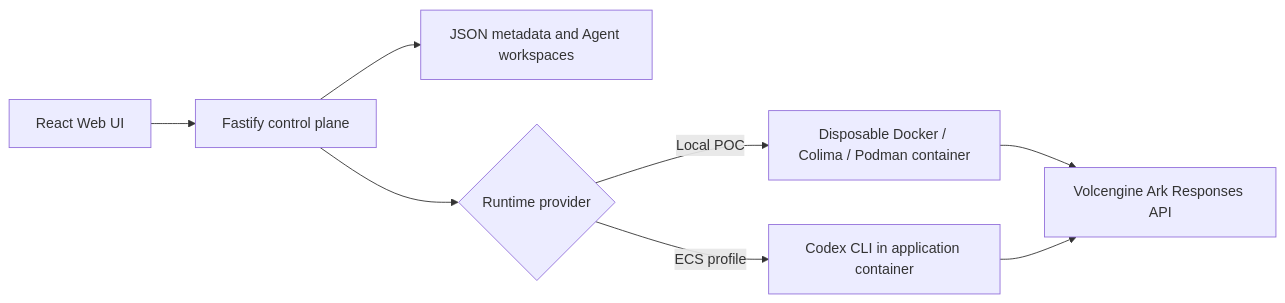
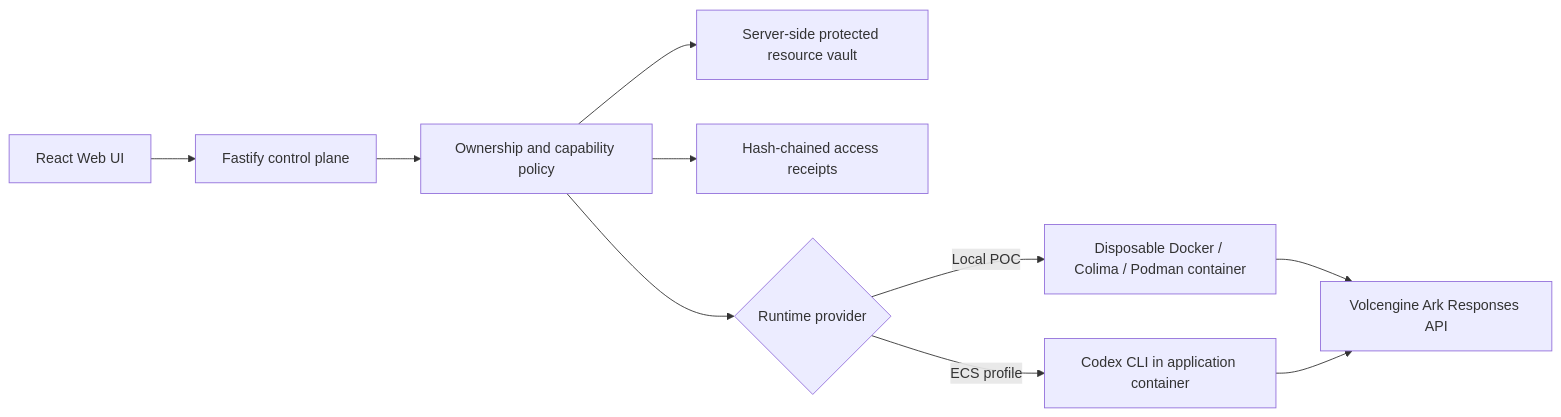
The diagram in README.md (waiyeeyuen/SmallPotato), drawn with Mermaid before and after one commit. The commit also changed other lines of this file and 23 other files, not shown here.

````diff
--- a/README.md
+++ b/README.md
@@ -215,10 +258,12 @@
 ```mermaid
 flowchart LR
     UI["React Web UI"] --> API["Fastify control plane"]
-    API --> Store["JSON metadata and Agent workspaces"]
-    API --> Runtime{"Runtime provider"}
+    API --> Policy["Ownership and capability policy"]
+    Policy --> Vault["Server-side protected resource vault"]
+    Policy --> Audit["Hash-chained access receipts"]
+    Policy --> Runtime{"Runtime provider"}
     Runtime -->|Local POC| Container["Disposable Docker / Colima / Podman container"]
     Runtime -->|ECS profile| Codex["Codex CLI in application container"]
     Container --> Ark["Volcengine Ark Responses API"]
     Codex --> Ark
 ```
````
